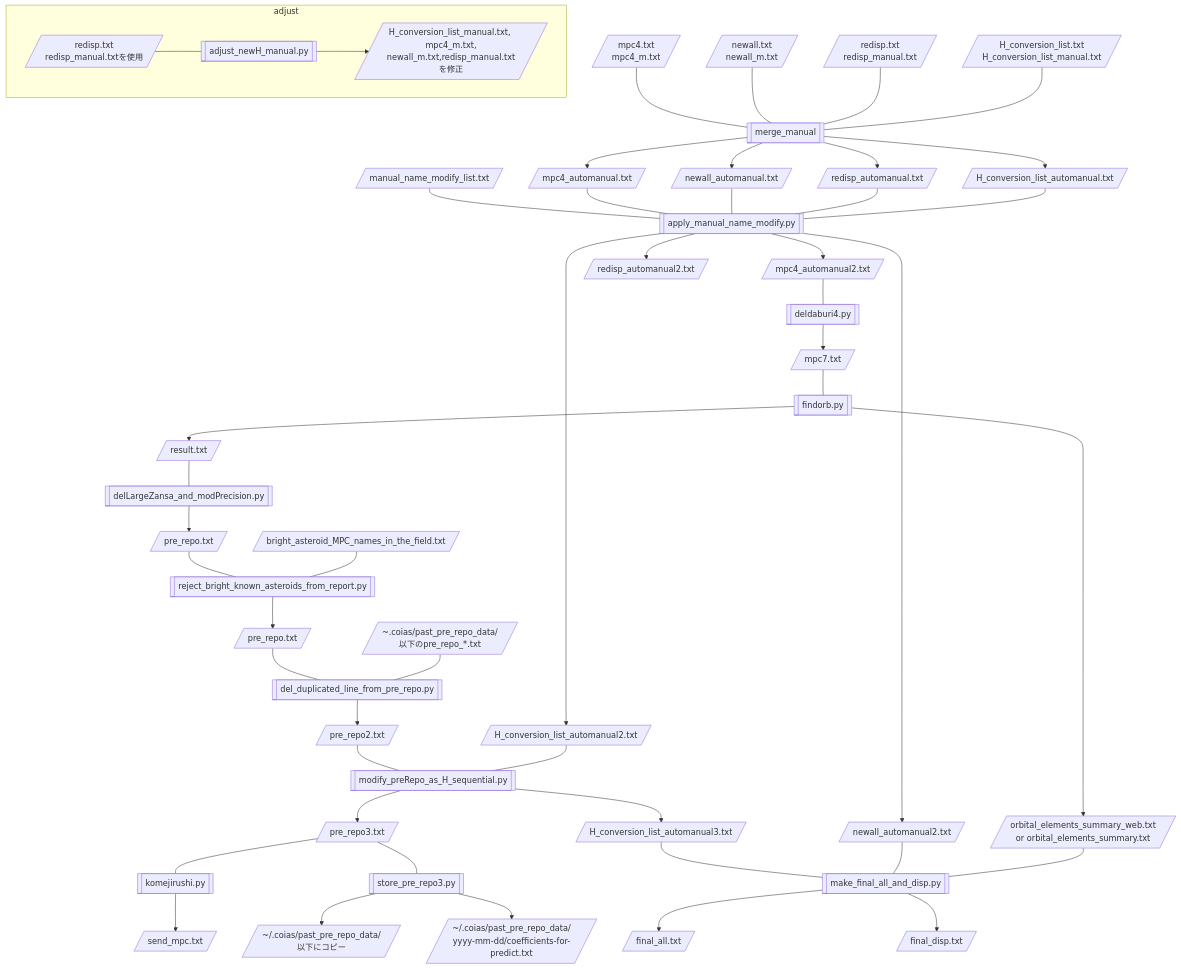
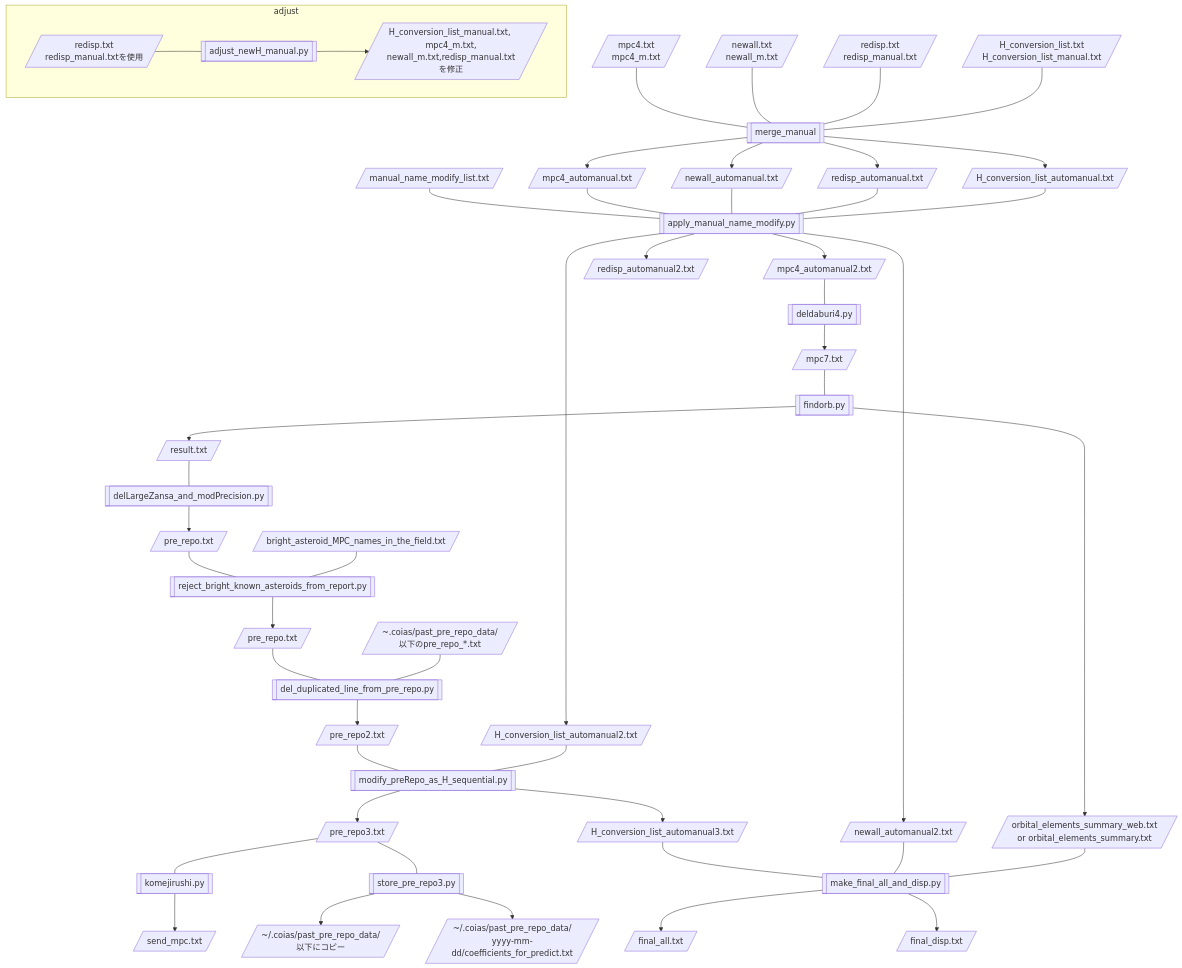
The diagram in flowcharts/flowchart7-AstsearchR_afterReCOIAS.md (COIAS-program/COIAS_program_github), drawn with Mermaid before and after one commit. The commit also changed 6 other files, not shown here.

```````diff
--- a/flowcharts/flowchart7-AstsearchR_afterReCOIAS.md
+++ b/flowcharts/flowchart7-AstsearchR_afterReCOIAS.md
@@ -46,7 +46,7 @@
     e --> f[/send_mpc.txt/]
     Z --- g[[store_pre_repo3.py]]
     g --> h[/"~"/.coias/past_pre_repo_data/以下にコピー/]
-    g --> m[/"~"/.coias/past_pre_repo_data/\nyyyy-mm-dd/coefficients-for-predict.txt/]
+    g --> m[/"~"/.coias/past_pre_repo_data/\nyyyy-mm-dd/coefficients_for_predict.txt/]
     a --- i[[make_final_all_and_disp.py]]
     L --- i
     i --> j[/final_all.txt/]
@@ -88,5 +88,5 @@
     click j "https://github.com/COIAS-program/COIAS_program_github/blob/main/flowcharts/sample7/final_all.txt"
     click k "https://github.com/COIAS-program/COIAS_program_github/blob/main/flowcharts/sample7/final_disp.txt"
     click l "https://github.com/COIAS-program/COIAS_program_github/blob/main/flowcharts/sample7/manual_name_modify_list.txt"
-    click m "https://github.com/COIAS-program/COIAS_program_github/blob/main/flowcharts/sample7/coefficients-for-predict.txt"
+    click m "https://github.com/COIAS-program/COIAS_program_github/blob/main/flowcharts/sample7/coefficients_for_predict.txt"
 ``````
```````
